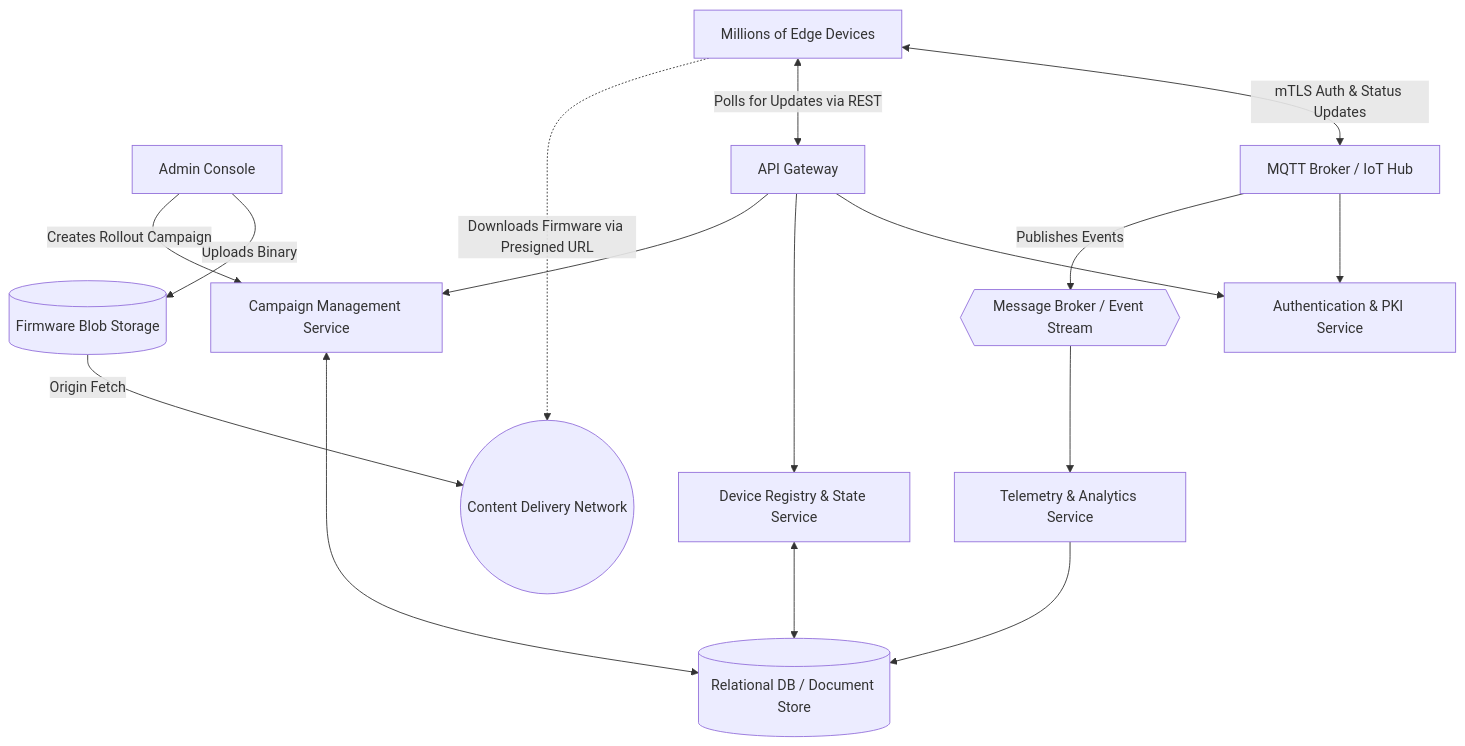
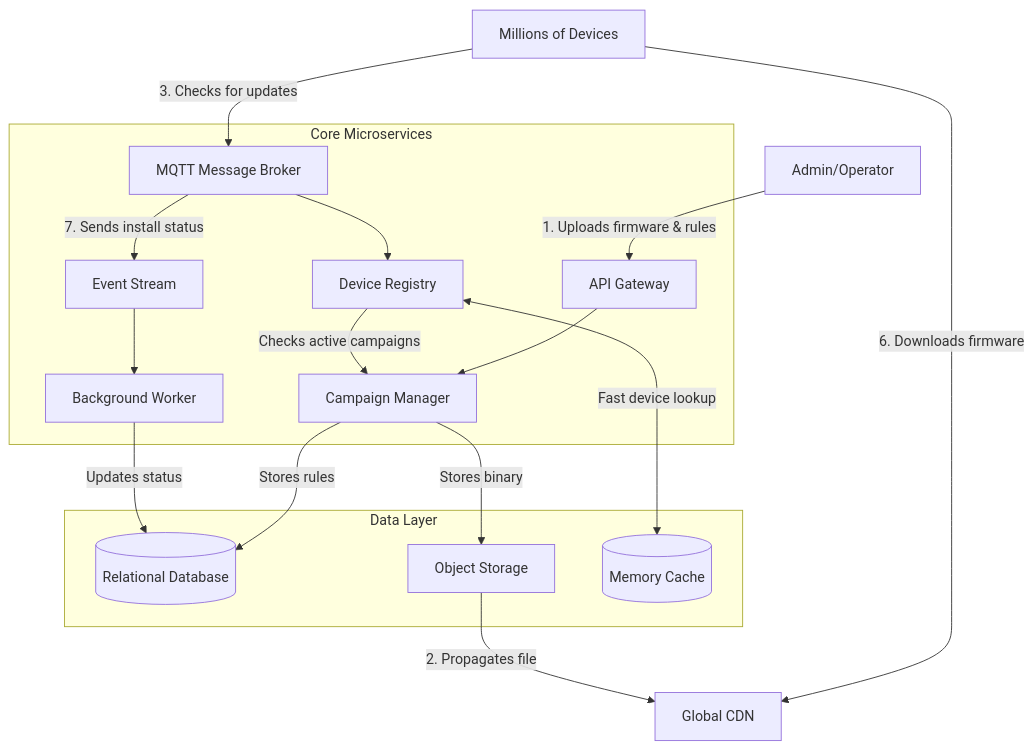
Before and after one commit to AdrianTorjKobza/System_Design: the diagram in Design_an_Over-the-Air_SW_Update_System_for_Millions_of_Devices.md, drawn with Mermaid. The commit also changed other lines of this file, not shown here.

````diff
--- a/Design_an_Over-the-Air_SW_Update_System_for_Millions_of_Devices.md
+++ b/Design_an_Over-the-Air_SW_Update_System_for_Millions_of_Devices.md
@@ -9,48 +10,27 @@
 ```mermaid
 graph TD
-    %% User Interfaces
-    Admin[Admin Console]
-    Devices[Millions of Edge Devices]
-
-    %% Edge / Entry Points
-    CDN((Content Delivery Network))
-    APIGW[API Gateway]
-    MQTT[MQTT Broker / IoT Hub]
-
-    %% Microservices
-    AuthSvc[Authentication & PKI Service]
-    CampaignSvc[Campaign Management Service]
-    DeviceSvc[Device Registry & State Service]
-    AnalyticsSvc[Telemetry & Analytics Service]
-
-    %% Storage & Messaging
-    Blob[(Firmware Blob Storage)]
-    DB[(Relational DB / Document Store)]
-    Kafka{{Message Broker / Event Stream}}
-
-    %% Admin Flow
-    Admin -->|Uploads Binary| Blob
-    Admin -->|Creates Rollout Campaign| CampaignSvc
-
-    %% Blob to CDN
-    Blob -->|Origin Fetch| CDN
-
-    %% Device Flows
-    Devices <-->|mTLS Auth & Status Updates| MQTT
-    Devices <-->|Polls for Updates via REST| APIGW
-    Devices -.->|Downloads Firmware via Presigned URL| CDN
-
+    %% User and Edge interactions
+    Admin[Admin/Operator] -->|1. Uploads firmware & rules| API[API Gateway]
+    Device[Millions of Devices] -->|3. Checks for updates| MQTT[MQTT Message Broker]
+    Device -->|6. Downloads firmware| CDN[Global CDN]
+    
+    %% Core Services
+    subgraph Core Microservices
+        API --> Campaign[Campaign Manager]
+        MQTT --> Registry[Device Registry]
+        Stream[Event Stream] --> Worker[Background Worker]
+    end
+    
+    %% Data Storage
+    subgraph Data Layer
+        Campaign -->|Stores rules| DB[(Relational Database)]
+        Campaign -->|Stores binary| Storage[Object Storage]
+        Registry <-->|Fast device lookup| Cache[(Memory Cache)]
+        Worker -->|Updates status| DB
+    end
+    
     %% Internal Routing
-    APIGW --> AuthSvc
-    APIGW --> DeviceSvc
-    APIGW --> CampaignSvc
-    
-    MQTT --> AuthSvc
-    MQTT -->|Publishes Events| Kafka
-
-    %% Service Integrations
-    CampaignSvc <--> DB
-    DeviceSvc <--> DB
-    Kafka --> AnalyticsSvc
-    AnalyticsSvc --> DB
+    Storage -->|2. Propagates file| CDN
+    Registry -->|Checks active campaigns| Campaign
+    MQTT -->|7. Sends install status| Stream
 ```
````
